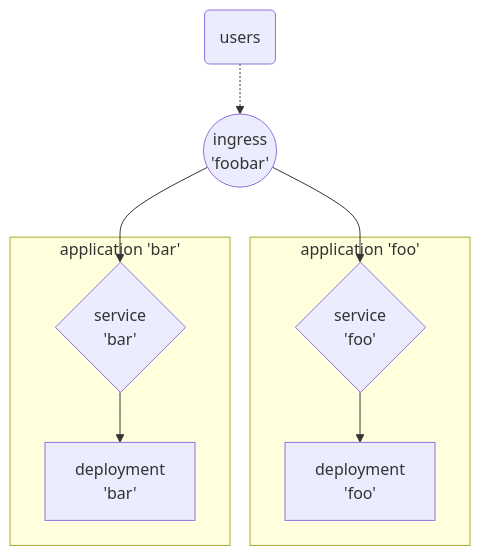
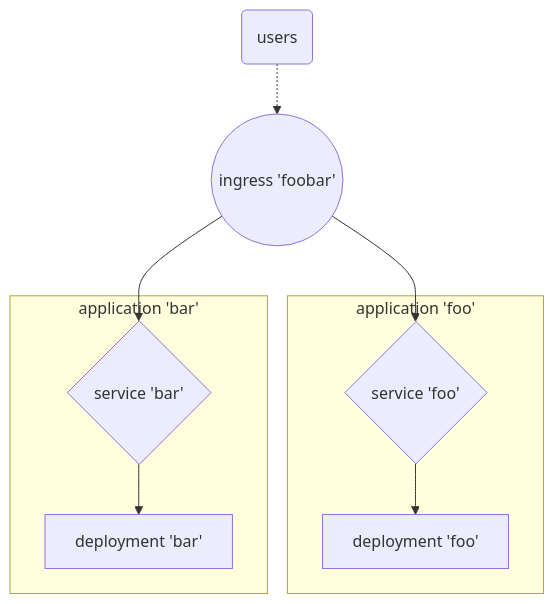
The first of 2 diagrams in docs/FluxCD/FluxCD_demonstration_par_l_exemple.md (papafrancky/papafrancky.github.io), drawn with Mermaid before and after one commit. The commit also changed other lines of this file and 4 other files, not shown here.

````diff
--- a/docs/FluxCD/FluxCD_demonstration_par_l_exemple.md
+++ b/docs/FluxCD/FluxCD_demonstration_par_l_exemple.md
@@ -8,22 +8,22 @@
 ``` mermaid
 
 graph TD
 
 A(users)
-B(("ingress\n'foobar'"))
-C{service\n'foo'}
-D{service\n'bar'}
-E[deployment\n'foo']
-F[deployment\n'bar']
+B(("ingress 'foobar'"))
+C{service 'foo'}
+D{service 'bar'}
+E[deployment 'foo']
+F[deployment 'bar']
 
 A -.-> B
 B --> C & D
 
 subgraph application 'foo'
 C --> E
 end
 
 subgraph application 'bar'
 D --> F
 end
 ```
````
